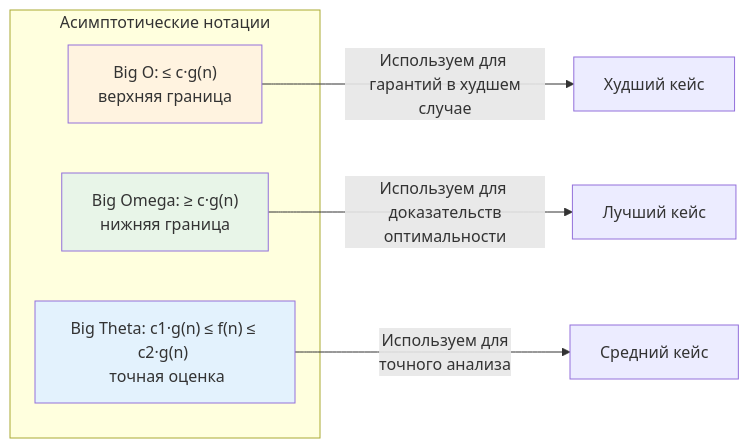
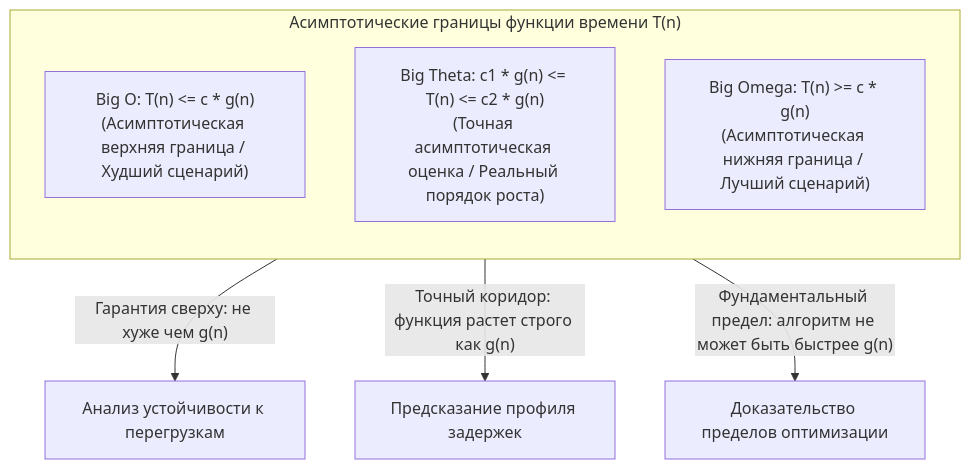
One commit to UnrealTemplier/go-textbook changed the first of 2 diagrams in sources/20. Алгоритмы и структуры данных (DSA) на Go/01. Введение/2. Асимптотическая сложность. Big O, Big Theta, Big Omega.md. Above: the diagram before and after it, drawn with Mermaid. The commit also changed other lines of this file, not shown here.

````diff
--- a/sources/20. Алгоритмы и структуры данных (DSA) на Go/01. Введение/2. Асимптотическая сложность. Big O, Big Theta, Big Omega.md
+++ b/sources/20. Алгоритмы и структуры данных (DSA) на Go/01. Введение/2. Асимптотическая сложность. Big O, Big Theta, Big Omega.md
@@ -74,16 +25,13 @@
 ```mermaid
-flowchart LR
-    subgraph Notations["Асимптотические нотации"]
-        O["Big O: ≤ c·g(n) <br> верхняя граница"]
-        Omega["Big Omega: ≥ c·g(n) <br> нижняя граница"]
-        Theta["Big Theta: c1·g(n) ≤ f(n) ≤ c2·g(n) <br> точная оценка"]
+flowchart TD
+    subgraph Asymptotics["Асимптотические границы функции времени T(n)"]
+        direction TB
+        O["Big O: T(n) <= c * g(n)<br>(Асимптотическая верхняя граница / Худший сценарий)"]
+        Theta["Big Theta: c1 * g(n) <= T(n) <= c2 * g(n)<br>(Точная асимптотическая оценка / Реальный порядок роста)"]
+        Omega["Big Omega: T(n) >= c * g(n)<br>(Асимптотическая нижняя граница / Лучший сценарий)"]
     end
 
-    O -->|Используем для <br> гарантий в худшем случае| Worst["Худший кейс"]
-    Omega -->|Используем для <br> доказательств оптимальности| Best["Лучший кейс"]
-    Theta -->|Используем для <br> точного анализа| Average["Средний кейс"]
-
-    style O fill:#fff3e0
-    style Omega fill:#e8f5e8
-    style Theta fill:#e3f2fd
+    O -->|"Гарантия сверху: не хуже чем g(n)"| Guard["Анализ устойчивости к перегрузкам"]
+    Theta -->|"Точный коридор: функция растет строго как g(n)"| Realistic["Предсказание профиля задержек"]
+    Omega -->|"Фундаментальный предел: алгоритм не может быть быстрее g(n)"| Optimal["Доказательство пределов оптимизации"]
 ```
````
